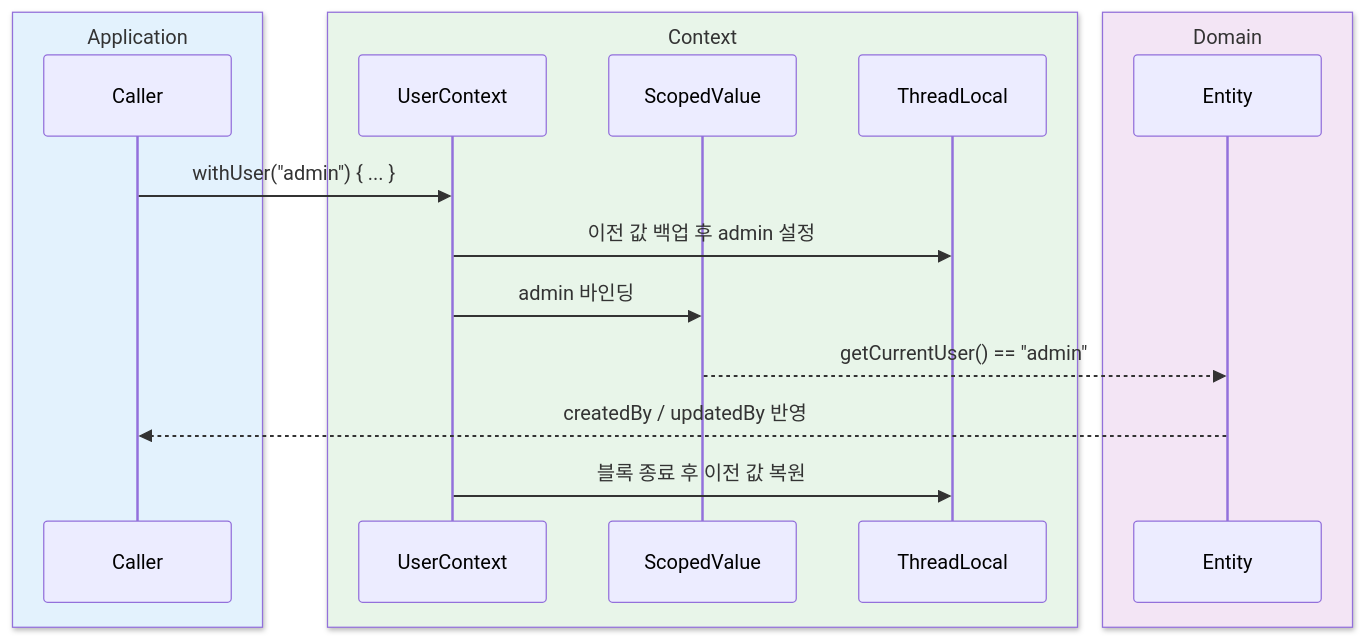
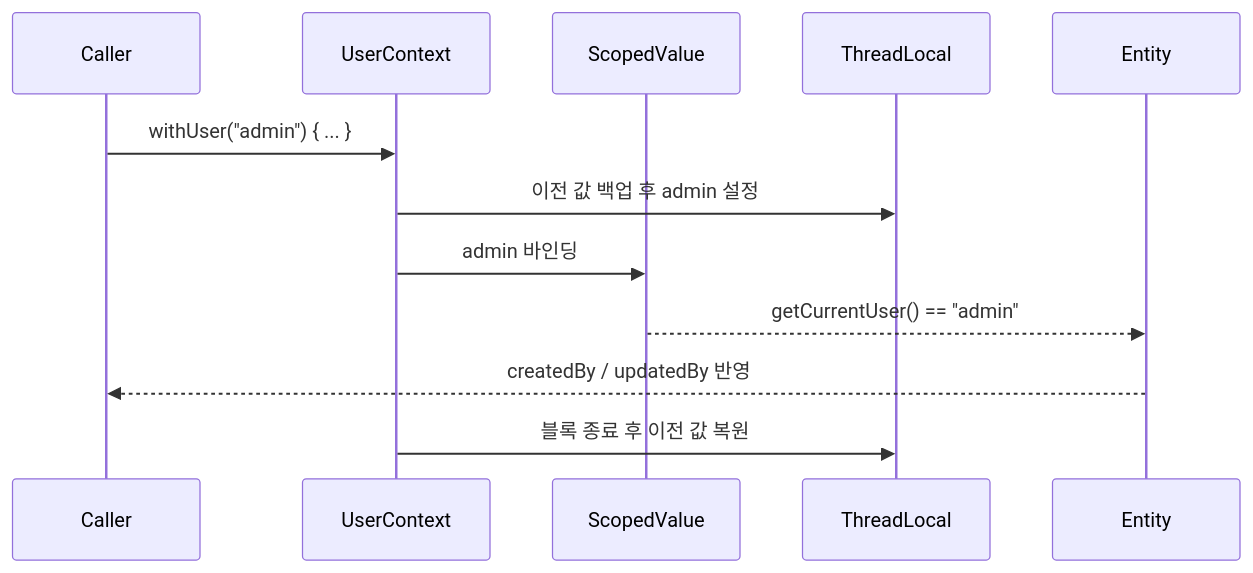
The fifth of 5 diagrams in data/exposed-core/README.ko.md (bluetape4k/bluetape4k-projects), drawn with Mermaid before and after one commit. The commit also changed other lines of this file and 219 other files, not shown here.

First line of the commit message:
docs: 전체 README Mermaid 다이어그램 가이드 적용

````diff
--- a/data/exposed-core/README.ko.md
+++ b/data/exposed-core/README.ko.md
@@ -441,21 +441,15 @@
 ```mermaid
 sequenceDiagram
-    box rgb(227, 242, 253) Application
         participant Caller
-    end
-    box rgb(232, 245, 233) Context
         participant UserContext
         participant ScopedValue
         participant ThreadLocal
-    end
-    box rgb(243, 229, 245) Domain
         participant Entity
-    end
 
     Caller->>UserContext: withUser("admin") { ... }
     UserContext->>ThreadLocal: 이전 값 백업 후 admin 설정
     UserContext->>ScopedValue: admin 바인딩
     ScopedValue-->>Entity: getCurrentUser() == "admin"
     Entity-->>Caller: createdBy / updatedBy 반영
     UserContext->>ThreadLocal: 블록 종료 후 이전 값 복원
 ```
````
